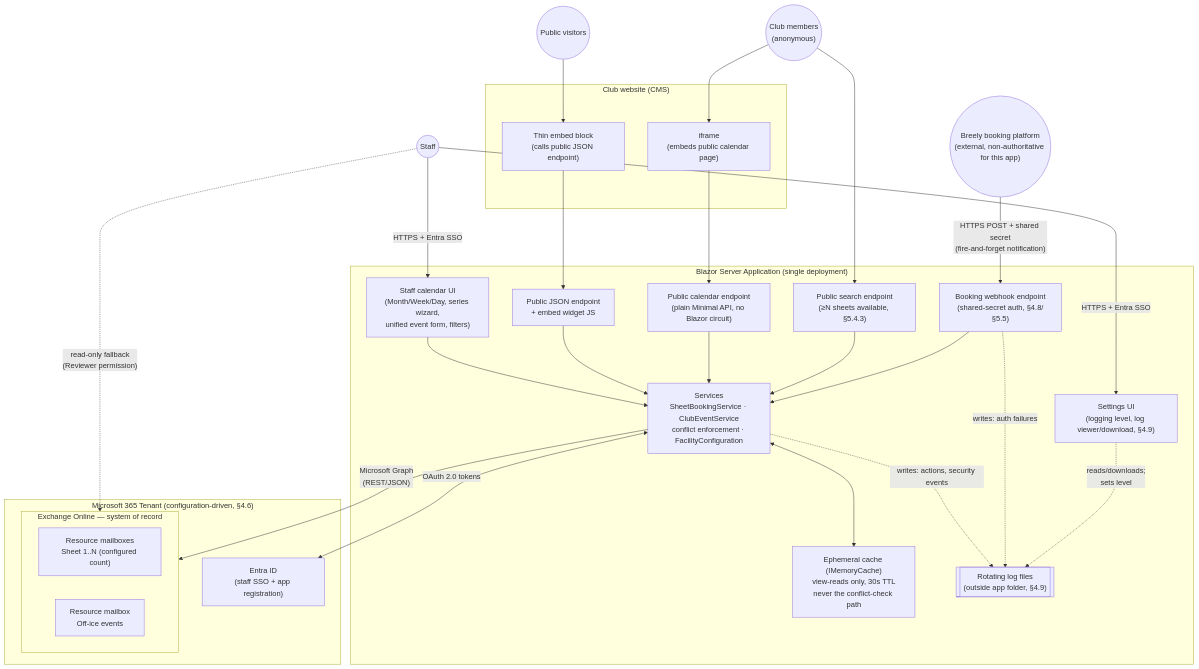
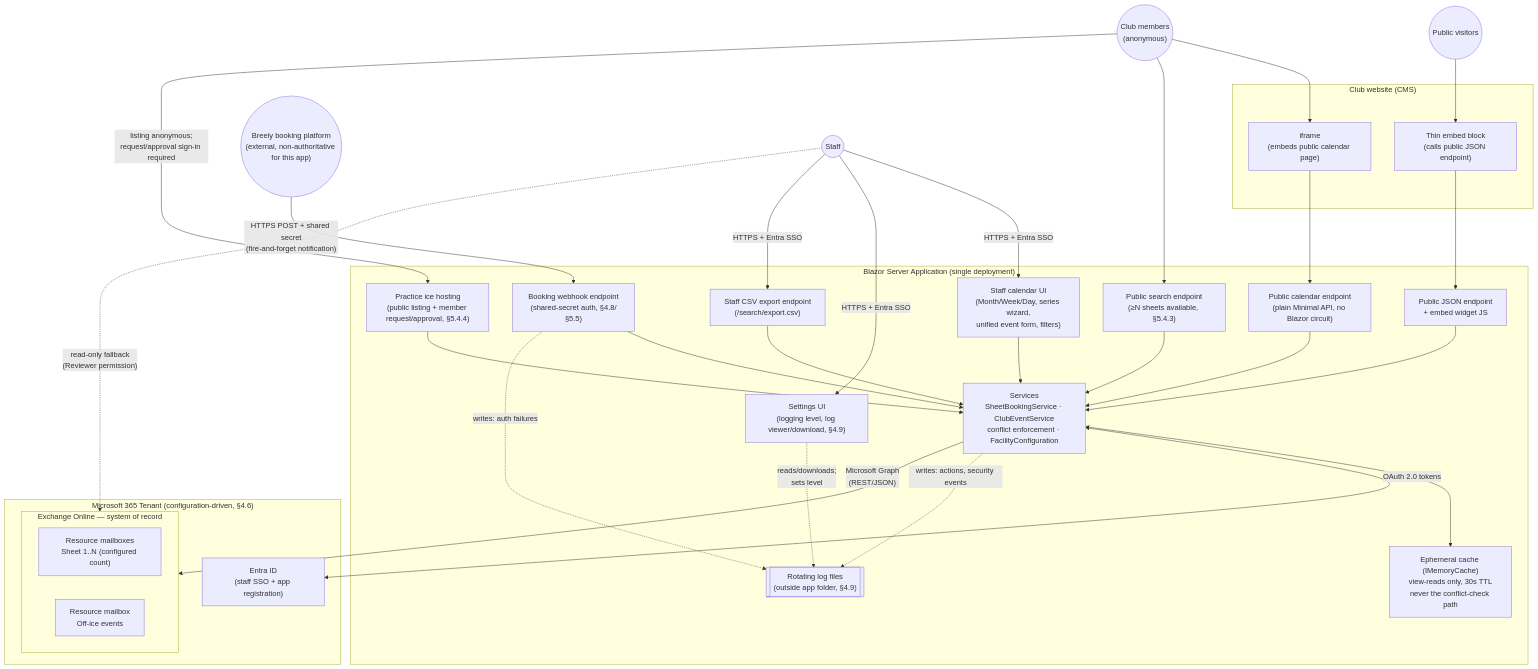
Before and after one commit to canthe64/Club_Calendar: the diagram in docs/curling-facility-scheduling-architecture.md, drawn with Mermaid. The commit also changed other lines of this file and 18 other files, not shown here.

````diff
--- a/docs/curling-facility-scheduling-architecture.md
+++ b/docs/curling-facility-scheduling-architecture.md
@@ -77,51 +77,57 @@
 ```mermaid
 flowchart TB
     subgraph M365 ["Microsoft 365 Tenant (configuration-driven, §4.6)"]
         EID["Entra ID<br/>(staff SSO + app registration)"]
         subgraph EXO ["Exchange Online — system of record"]
             SN["Resource mailboxes<br/>Sheet 1..N (configured count)"]
             CE["Resource mailbox<br/>Off-ice events"]
         end
     end
 
     subgraph App ["Blazor Server Application (single deployment)"]
         UI["Staff calendar UI<br/>(Month/Week/Day, series wizard,<br/>unified event form, filters)"]
         API["Services<br/>SheetBookingService · ClubEventService<br/>conflict enforcement · FacilityConfiguration"]
         CACHE["Ephemeral cache (IMemoryCache)<br/>view-reads only, 30s TTL<br/>never the conflict-check path"]
         PUBAPI["Public JSON endpoint<br/>+ embed widget JS"]
         PUBCAL["Public calendar endpoint<br/>(plain Minimal API, no Blazor circuit)"]
         PUBSEARCH["Public search endpoint<br/>(≥N sheets available, §5.4.3)"]
+        PUBPRACTICE["Practice ice hosting<br/>(public listing + member request/approval, §5.4.4)"]
+        EXPORT["Staff CSV export endpoint<br/>(/search/export.csv)"]
         WEBHOOK["Booking webhook endpoint<br/>(shared-secret auth, §4.8/§5.5)"]
         SETTINGS["Settings UI<br/>(logging level, log viewer/download, §4.9)"]
         LOG[["Rotating log files<br/>(outside app folder, §4.9)"]]
     end
 
     subgraph Web ["Club website (CMS)"]
         EMBED["Thin embed block<br/>(calls public JSON endpoint)"]
         IFRAME["iframe<br/>(embeds public calendar page)"]
     end
 
     BREELY(("Breely booking platform<br/>(external, non-authoritative for this app)"))
 
     STAFF(("Staff")) -->|"HTTPS + Entra SSO"| UI
     STAFF -->|"HTTPS + Entra SSO"| SETTINGS
     MEMBER(("Club members<br/>(anonymous)")) --> IFRAME
     MEMBER --> PUBSEARCH
+    MEMBER -->|"listing anonymous;<br/>request/approval sign-in required"| PUBPRACTICE
     ANON(("Public visitors")) --> EMBED
     STAFF -.->|"read-only fallback<br/>(Reviewer permission)"| EXO
+    STAFF -->|"HTTPS + Entra SSO"| EXPORT
     BREELY -->|"HTTPS POST + shared secret<br/>(fire-and-forget notification)"| WEBHOOK
 
     UI --> API
     API <--> CACHE
     API -->|"Microsoft Graph<br/>(REST/JSON)"| EXO
     API <-->|"OAuth 2.0 tokens"| EID
     EMBED --> PUBAPI
     IFRAME --> PUBCAL
     PUBAPI --> API
     PUBCAL --> API
     PUBSEARCH --> API
+    PUBPRACTICE --> API
+    EXPORT --> API
     WEBHOOK --> API
     API -.->|"writes: actions, security events"| LOG
     WEBHOOK -.->|"writes: auth failures"| LOG
     SETTINGS -.->|"reads/downloads;<br/>sets level"| LOG
 ```
````
